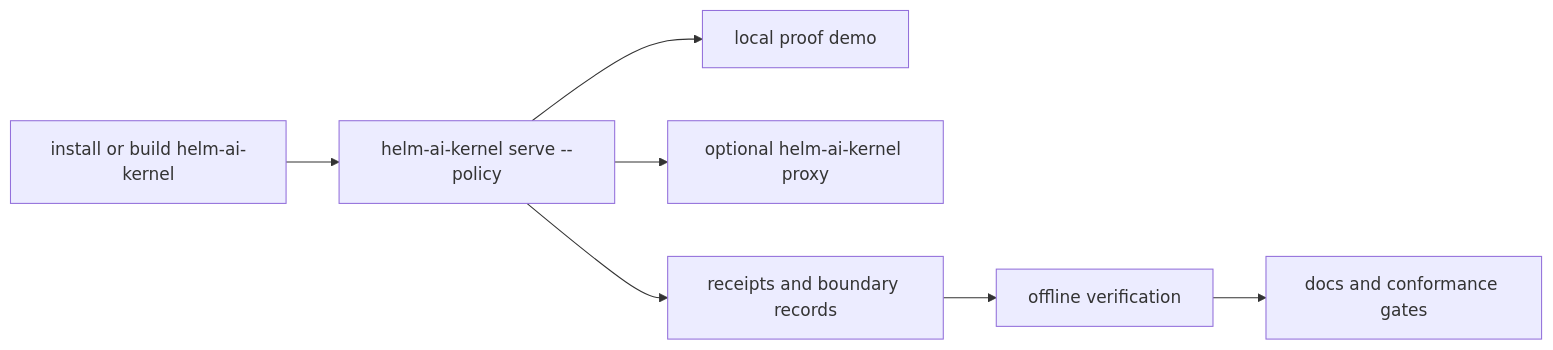
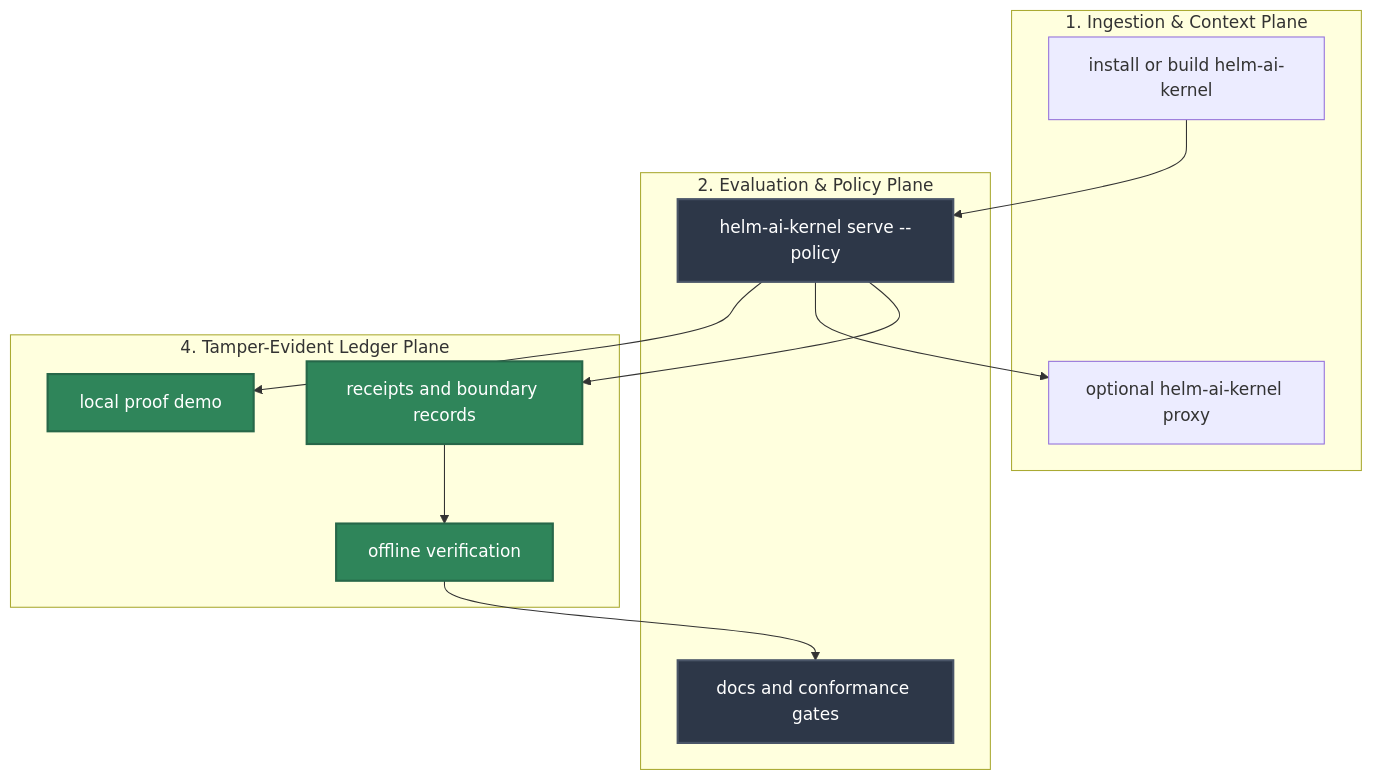
Before and after one commit to Mindburn-Labs/helm-ai-kernel: the diagram in docs/DEVELOPER_JOURNEY.md, drawn with Mermaid. The commit also changed other lines of this file and 330 other files, not shown here.

````diff
--- a/docs/DEVELOPER_JOURNEY.md
+++ b/docs/DEVELOPER_JOURNEY.md
@@ -18,9 +18,33 @@
 ```mermaid
-flowchart LR
-  Install["install or build helm-ai-kernel"] --> Serve["helm-ai-kernel serve --policy"]
-  Serve --> Demo["local proof demo"]
-  Serve --> Proxy["optional helm-ai-kernel proxy"]
-  Serve --> Receipts["receipts and boundary records"]
-  Receipts --> Verify["offline verification"]
-  Verify --> Gates["docs and conformance gates"]
+flowchart TD
+    subgraph Ingestion["1. Ingestion & Context Plane"]
+        Install["install or build helm-ai-kernel"]
+        Proxy["optional helm-ai-kernel proxy"]
+    end
+
+    subgraph Evaluation["2. Evaluation & Policy Plane"]
+        Serve["helm-ai-kernel serve --policy"]
+        Gates["docs and conformance gates"]
+    end
+
+    subgraph Ledger["4. Tamper-Evident Ledger Plane"]
+        Demo["local proof demo"]
+        Receipts["receipts and boundary records"]
+        Verify["offline verification"]
+    end
+
+    %% Operational Flow Edges
+    Install --> Serve
+    Serve --> Demo
+    Serve --> Proxy
+    Serve --> Receipts
+    Receipts --> Verify
+    Verify --> Gates
+
+    %% Premium Styling Rules
+    style Serve fill:#2d3748,stroke:#4a5568,stroke-width:2px,color:#fff
+    style Demo fill:#2f855a,stroke:#276749,stroke-width:2px,color:#fff
+    style Receipts fill:#2f855a,stroke:#276749,stroke-width:2px,color:#fff
+    style Verify fill:#2f855a,stroke:#276749,stroke-width:2px,color:#fff
+    style Gates fill:#2d3748,stroke:#4a5568,stroke-width:2px,color:#fff
 ```
````
